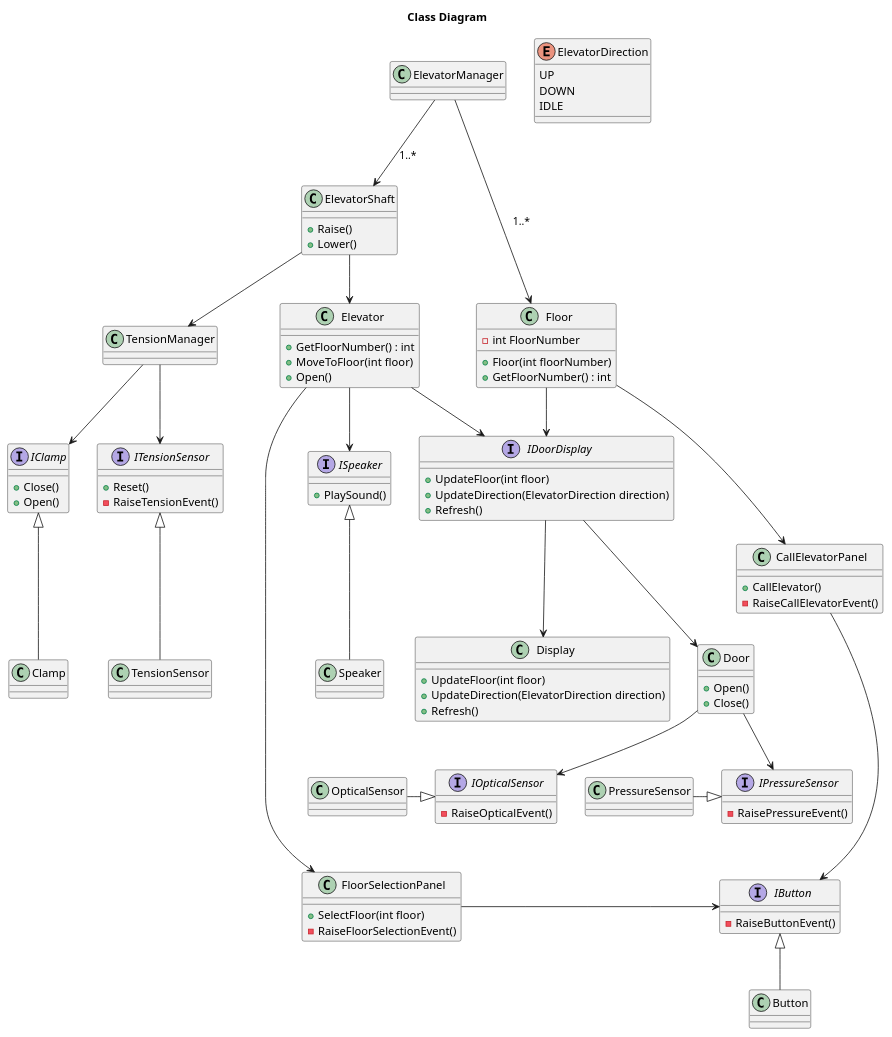
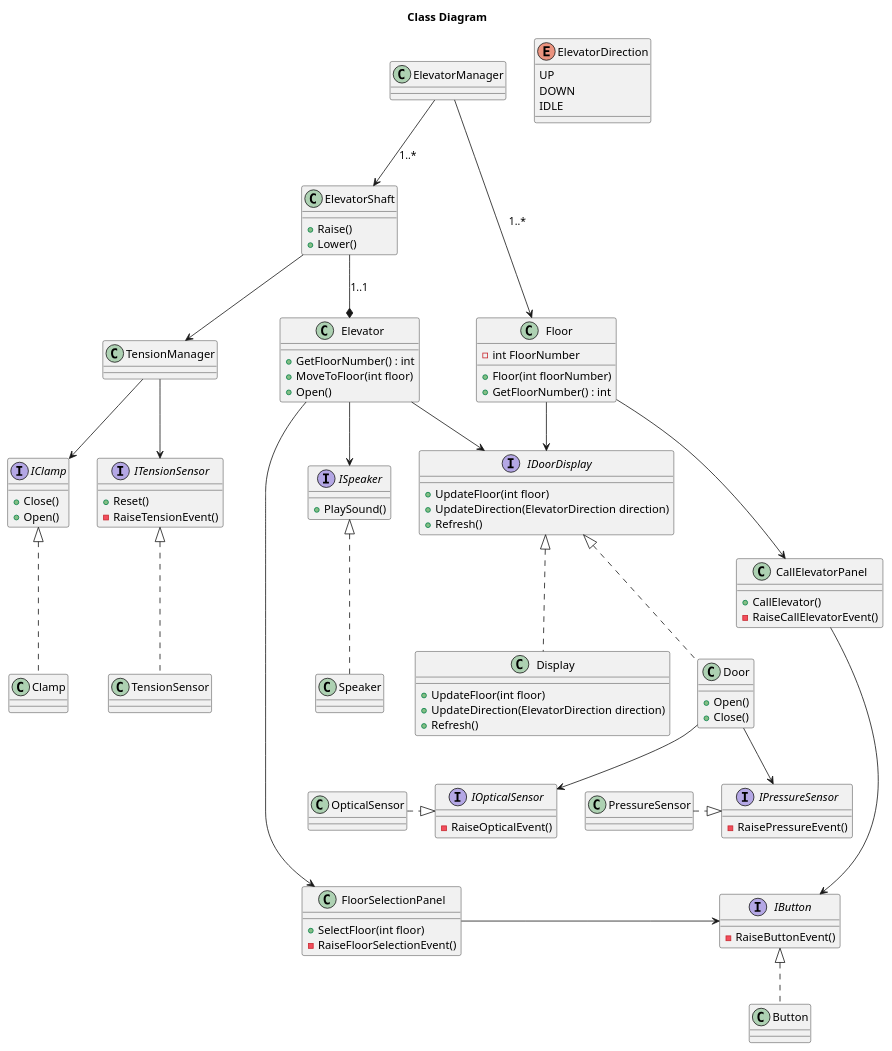
The second of 6 diagrams in Software Design & Algorithms/Elevator/Diagrams.puml (NathanThus/Technology-Semester-3), drawn with PlantUML before and after one commit. The commit also changed other lines of this file, not shown here.

```diff
--- a/Software Design & Algorithms/Elevator/Diagrams.puml
+++ b/Software Design & Algorithms/Elevator/Diagrams.puml
@@ -12,139 +12,138 @@
 @startuml Class Diagram
 Title Class Diagram
 
 class ElevatorManager
 {
 }
 
 class Elevator
 {
     {method} + GetFloorNumber() : int
     {method} + MoveToFloor(int floor)
     {method} + Open()
 }
 
 class ElevatorShaft
 {
     {method} + Raise()
     {method} + Lower()
 }
 
 class FloorSelectionPanel
 {
     {method} + SelectFloor(int floor)
     {method} - RaiseFloorSelectionEvent()
 }
 
 class CallElevatorPanel
 {
     {method} + CallElevator()
     {method} - RaiseCallElevatorEvent()
 }
 
 class Door
 {
     {method} + Open()
     {method} + Close()
 }
 
 class Display
 {
     {method} + UpdateFloor(int floor)
     {method} + UpdateDirection(ElevatorDirection direction)
     {method} + Refresh()
 }
 
 interface IDoorDisplay
 {
     {method} + UpdateFloor(int floor)
     {method} + UpdateDirection(ElevatorDirection direction)
     {method} + Refresh()
 }
 
 class TensionManager
 {
 }
 
 interface ITensionSensor
 {
     {method} + Reset()
     {method} - RaiseTensionEvent()
 }
 
 interface IPressureSensor
 {
     {method} - RaisePressureEvent()
 }
 
 interface IOpticalSensor
 {
     {method} - RaiseOpticalEvent()
 }
 
 interface IButton
 {
     {method} - RaiseButtonEvent()
 }
 
 class Button
 {
 }
 
 interface IClamp
 {
     {Method} + Close()
     {Method} + Open()
 }
 
 class Floor
 {
     {field} - int FloorNumber
     {method} + Floor(int floorNumber)
     {method} + GetFloorNumber() : int
 }
 
 interface ISpeaker
 {
     {Method} + PlaySound()
 }
 
 enum ElevatorDirection
 {
     UP
     DOWN
     IDLE
 }
 
 ElevatorManager --> ElevatorShaft : 1..*
 ElevatorManager --> Floor : 1..*
 
-ElevatorShaft --> Elevator
+ElevatorShaft --* Elevator : 1..1
 ElevatorShaft --> TensionManager
 
 Floor --> CallElevatorPanel
 Floor --> IDoorDisplay
 
 Elevator --> IDoorDisplay
 Elevator --> ISpeaker
-Speaker -up-|> ISpeaker
+Speaker .up.|> ISpeaker
 Elevator -----> FloorSelectionPanel
 
 FloorSelectionPanel -> IButton
 CallElevatorPanel --> IButton
 
-IDoorDisplay --> Display
-IDoorDisplay --> Door
+IDoorDisplay <|.. Display
+IDoorDisplay <|.. Door
 
 Door --> IPressureSensor
 Door --> IOpticalSensor
-OpticalSensor -|> IOpticalSensor
-PressureSensor -|> IPressureSensor
-
-Button -up-|>  IButton
-
+OpticalSensor .|> IOpticalSensor
+PressureSensor .|> IPressureSensor
+'TODO: Shared Association pijlen
+Button .up.|> IButton
 TensionManager --> IClamp
 TensionManager --> ITensionSensor
-TensionSensor -up-|> ITensionSensor
-Clamp -up-|> IClamp
+TensionSensor .up.|> ITensionSensor
+Clamp .up.|> IClamp
 
 @enduml
```
